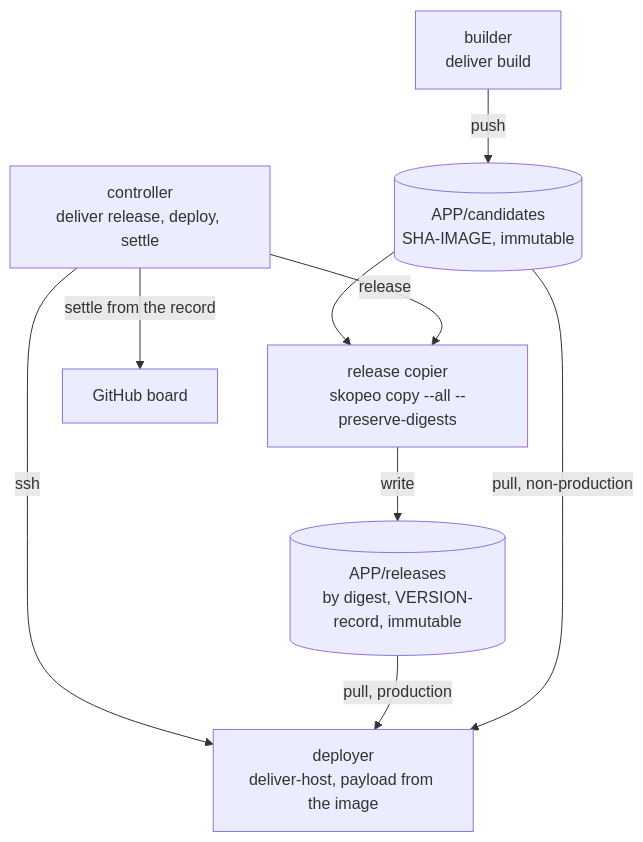
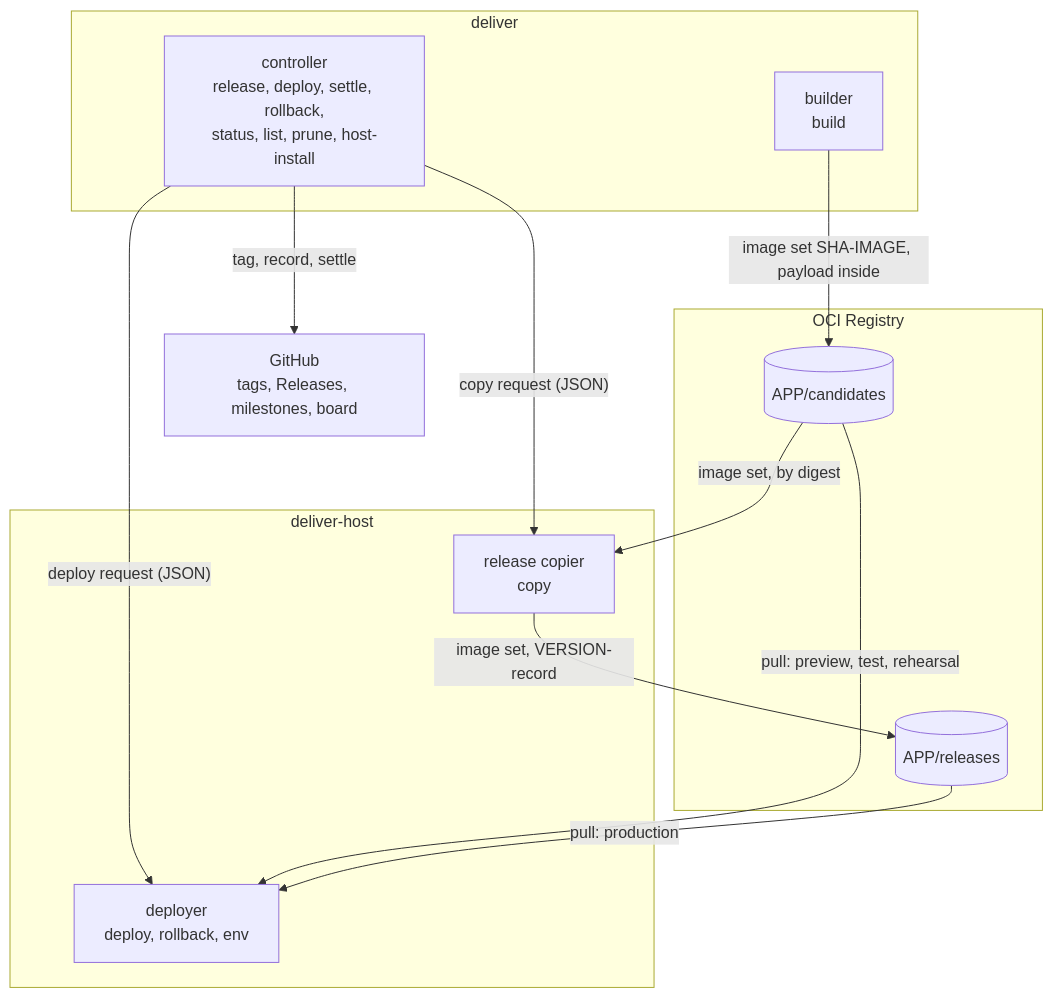
The first of 4 diagrams in records/2.5-changes/programme-tooling/117-generic-deliver-tool/design.md (delphside/programme), drawn with Mermaid before and after one commit. The commit also changed other lines of this file, not shown here.

````diff
--- a/records/2.5-changes/programme-tooling/117-generic-deliver-tool/design.md
+++ b/records/2.5-changes/programme-tooling/117-generic-deliver-tool/design.md
@@ -76,17 +84,24 @@
 ```mermaid
 flowchart TB
-  CN["controller<br>deliver release, deploy, settle"]
-  BE["builder<br>deliver build"]
-  RC["release copier<br>skopeo copy --all --preserve-digests"]
-  C[("APP/candidates<br>SHA-IMAGE, immutable")]
-  R[("APP/releases<br>by digest, VERSION-record, immutable")]
-  B["deployer<br>deliver-host, payload from the image"]
-  BE -->|push| C
-  CN -->|"release"| RC
-  C --> RC
-  RC -->|write| R
-  C -->|"pull, non-production"| B
-  R -->|"pull, production"| B
-  CN -->|ssh| B
-  CN -->|"settle from the record"| G["GitHub board"]
+  subgraph DELIVER["deliver"]
+    CTL["controller<br>release, deploy, settle, rollback,<br>status, list, prune, host-install"]
+    BLD["builder<br>build"]
+  end
+  subgraph HOST["deliver-host"]
+    COPY["release copier<br>copy"]
+    DEP["deployer<br>deploy, rollback, env"]
+  end
+  subgraph OCIR["OCI Registry"]
+    CAND[("APP/candidates")]
+    REL[("APP/releases")]
+  end
+  GH["GitHub<br>tags, Releases, milestones, board"]
+  BLD -->|"image set SHA-IMAGE, payload inside"| CAND
+  CTL -->|"copy request (JSON)"| COPY
+  CAND -->|"image set, by digest"| COPY
+  COPY -->|"image set, VERSION-record"| REL
+  CTL -->|"deploy request (JSON)"| DEP
+  CAND -->|"pull: preview, test, rehearsal"| DEP
+  REL -->|"pull: production"| DEP
+  CTL -->|"tag, record, settle"| GH
 ```
````
